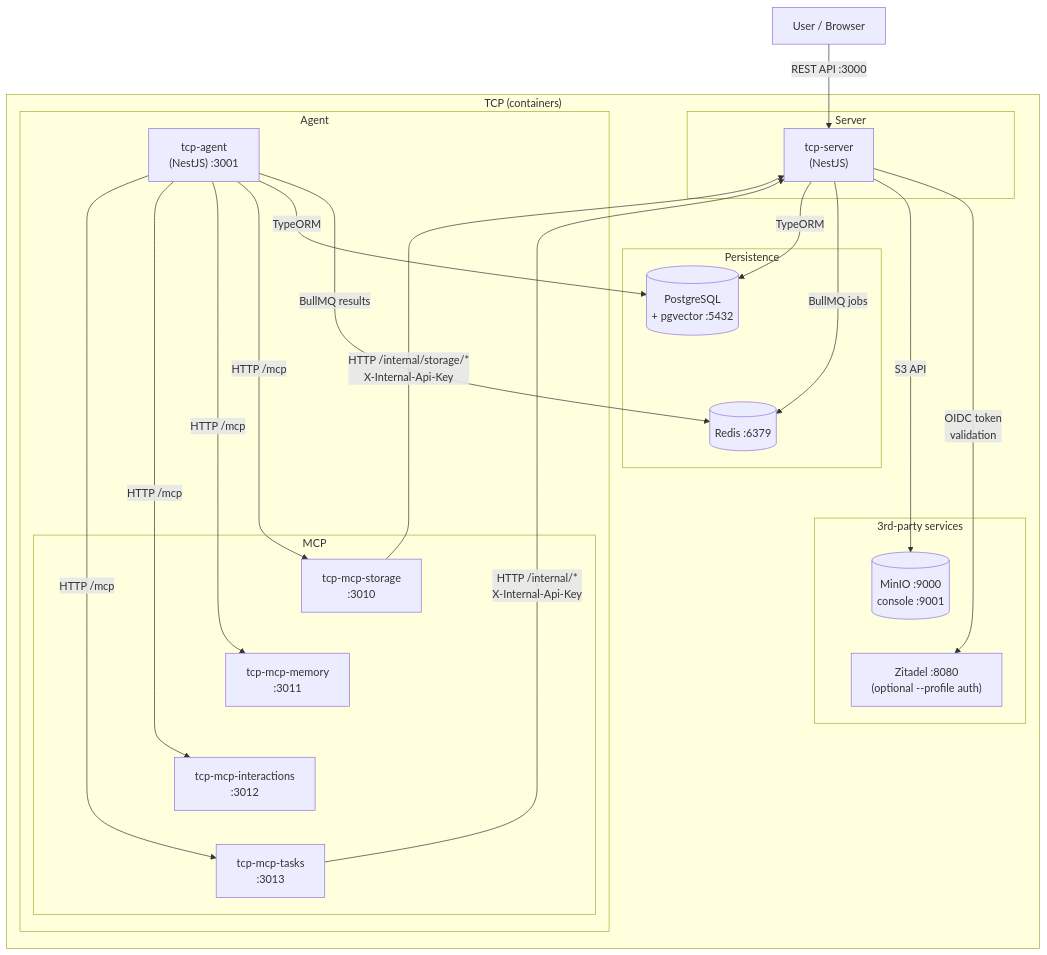
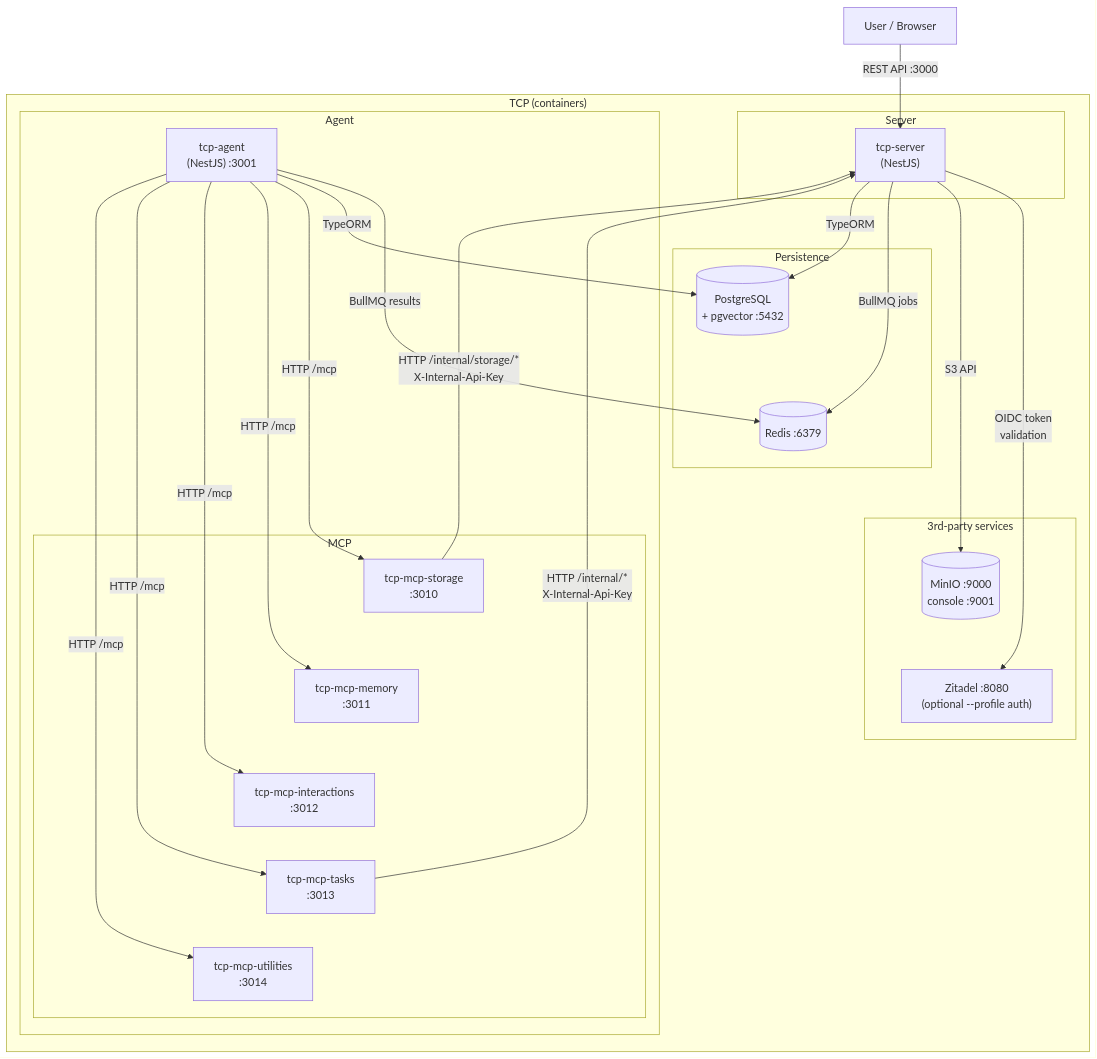
The second of 4 diagrams in docs/development.md (instantiator/tcp-server), drawn with Mermaid before and after one commit. The commit also changed other lines of this file and 19 other files, not shown here.

First line of the commit message:
Document the utilities MCP server and regenerate the web API types

````diff
--- a/docs/development.md
+++ b/docs/development.md
@@ -103,52 +103,54 @@
 ```mermaid
 flowchart TD
   User["User / Browser"]
   TcpServer["tcp-server\n(NestJS)"]
   TcpAgent["tcp-agent\n(NestJS) :3001"]
   Redis[(Redis :6379)]
   Zitadel["Zitadel :8080\n(optional --profile auth)"]
   Postgres[(PostgreSQL\n+ pgvector :5432)]
   MinIO[(MinIO :9000\nconsole :9001)]
   McpStorage["tcp-mcp-storage\n:3010"]
   McpMemory["tcp-mcp-memory\n:3011"]
   McpInteract["tcp-mcp-interactions\n:3012"]
   McpTasks["tcp-mcp-tasks\n:3013"]
+  McpUtilities["tcp-mcp-utilities\n:3014"]
 
   subgraph TCP["TCP (containers)"]
       Server ~~~ Dbs ~~~ Agent ~~~ ThirdParty
   end
 
   subgraph Server["Server"]
       TcpServer
   end
 
   subgraph Dbs["Persistence"]
       Postgres ~~~ Redis
   end
 
 
   subgraph Agent["Agent"]
       TcpAgent
       subgraph MCP
-        McpStorage ~~~ McpMemory ~~~ McpInteract ~~~ McpTasks
+        McpStorage ~~~ McpMemory ~~~ McpInteract ~~~ McpTasks ~~~ McpUtilities
       end
   end
 
   subgraph ThirdParty["3rd-party services"]
       MinIO ~~~ Zitadel
   end
 
   User -->|REST API :3000| TcpServer
   TcpServer -->|OIDC token\nvalidation| Zitadel
   TcpServer -->|S3 API| MinIO
   TcpServer -->|BullMQ jobs| Redis
   TcpAgent -->|BullMQ results| Redis
   TcpServer -->|TypeORM| Postgres
   TcpAgent -->|TypeORM| Postgres
   TcpAgent -->|HTTP /mcp| McpStorage
   TcpAgent -->|HTTP /mcp| McpMemory
   TcpAgent -->|HTTP /mcp| McpInteract
   TcpAgent -->|HTTP /mcp| McpTasks
+  TcpAgent -->|HTTP /mcp| McpUtilities
   McpStorage -->|HTTP /internal/storage/*\nX-Internal-Api-Key| TcpServer
   McpTasks -->|HTTP /internal/*\nX-Internal-Api-Key| TcpServer
 ```
````
